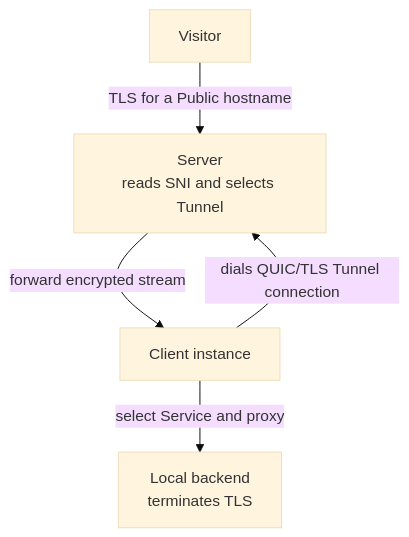
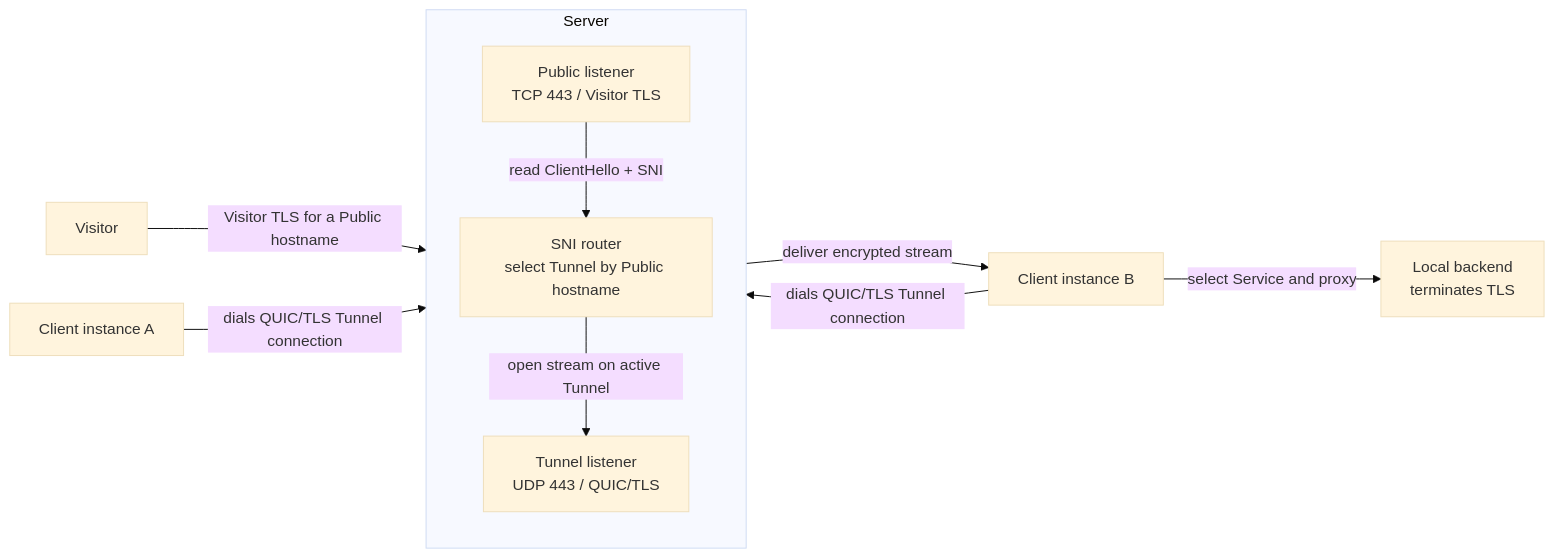
Before and after one commit to runewarp/runewarp: the diagram in README.md, drawn with Mermaid (base theme). The commit also changed other lines of this file and 3 other files, not shown here.

````diff
--- a/README.md
+++ b/README.md
@@ -47,12 +47,23 @@
 ```mermaid
-flowchart TD
+flowchart LR
     V[Visitor]
-    S["Server<br/>reads SNI and selects Tunnel"]
-    C["Client instance"]
+    C1["Client instance A"]
+    C2["Client instance B"]
     B["Local backend<br/>terminates TLS"]
 
-    V -->|"TLS for a Public hostname"| S
-    C -->|"dials QUIC/TLS Tunnel connection"| S
-    S -->|"forward encrypted stream"| C
-    C -->|"select Service and proxy"| B
+    subgraph S["Server"]
+        direction TB
+        P["Public listener<br/>TCP 443 / Visitor TLS"]
+        R["SNI router<br/>select Tunnel by Public hostname"]
+        U["Tunnel listener<br/>UDP 443 / QUIC/TLS"]
+
+        P -->|"read ClientHello + SNI"| R
+        R -->|"open stream on active Tunnel"| U
+    end
+
+    V -->|"Visitor TLS for a Public hostname"| P
+    C1 -->|"dials QUIC/TLS Tunnel connection"| U
+    C2 -->|"dials QUIC/TLS Tunnel connection"| U
+    U -->|"deliver encrypted stream"| C2
+    C2 -->|"select Service and proxy"| B
 ```
````
